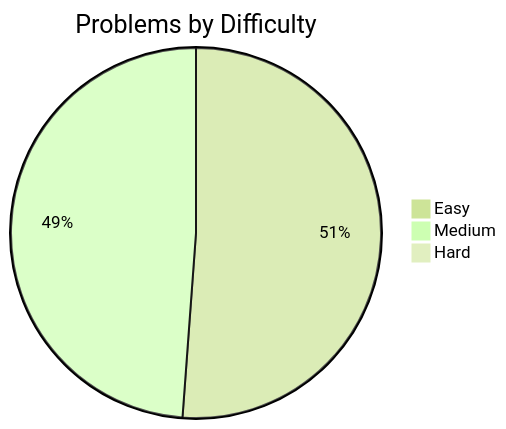
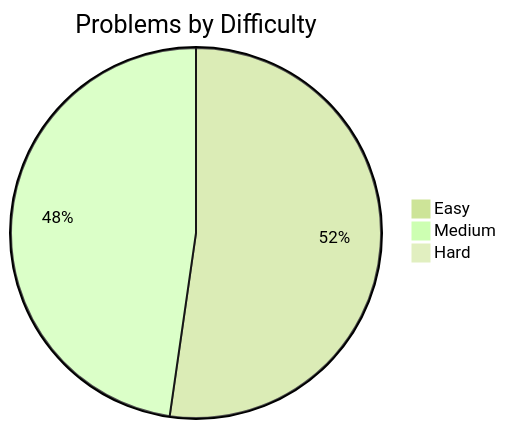
One commit to Jasjeet-Singh-S/100-days-DSA changed the first of 2 diagrams in readme.md. Above: the diagram before and after it, drawn with Mermaid (forest theme). The commit also changed other lines of this file and 2 other files, not shown here.

````diff
--- a/readme.md
+++ b/readme.md
@@ -19,6 +19,6 @@
 ```mermaid
 pie title Problems by Difficulty
-    "Easy" : 22
+    "Easy" : 23
     "Medium" : 21
     "Hard" : 0
 ```
````
